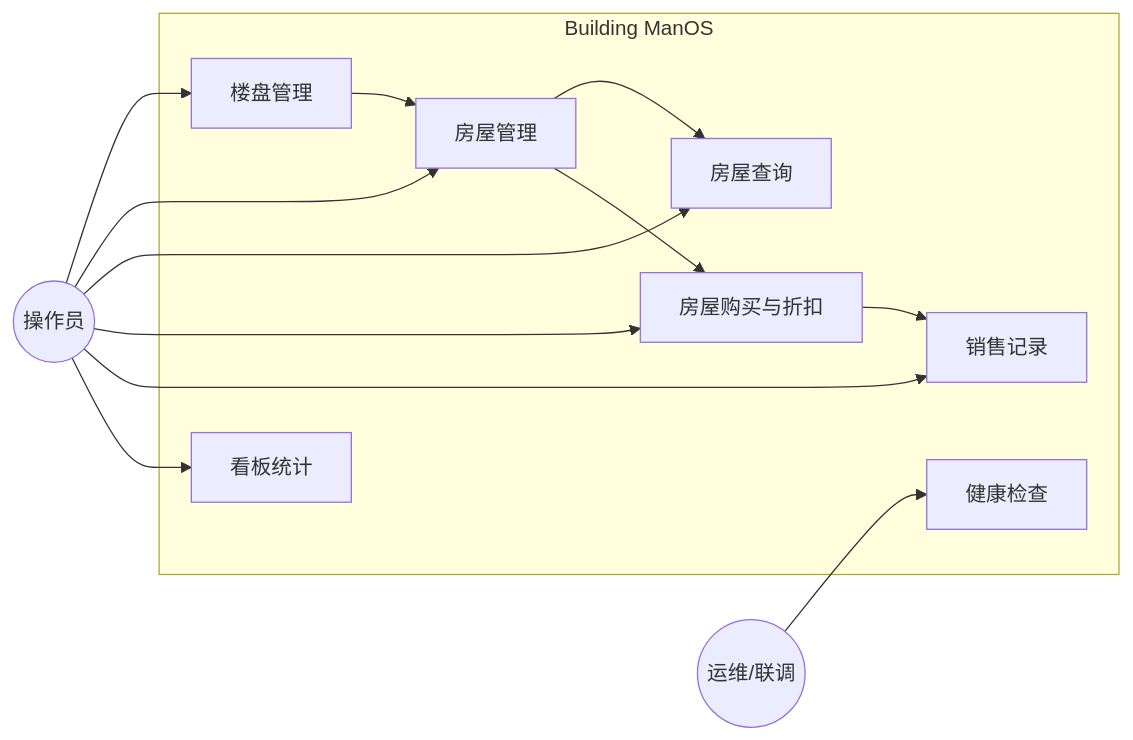
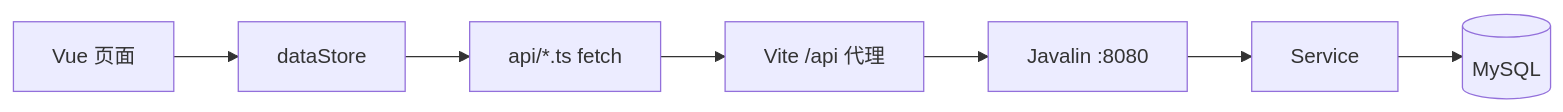
Before and after one commit to NorthBridgeAthlon64/Building_ManOS: the fifth of 5 diagrams in docs/report/大作业报告.md, drawn with Mermaid. The commit also changed other lines of this file and 3 other files, not shown here.

````diff
--- a/docs/report/大作业报告.md
+++ b/docs/report/大作业报告.md
@@ -412,23 +469,9 @@
 ```mermaid
 flowchart LR
-    subgraph System["Building ManOS"]
-        A[楼盘管理]
-        B[房屋管理]
-        C[房屋查询]
-        D[房屋购买与折扣]
-        E[销售记录]
-        F[看板统计]
-        G[健康检查]
-    end
-    User((操作员)) --> A
-    User --> B
-    User --> C
-    User --> D
-    User --> E
-    User --> F
-    Ops((运维/联调)) --> G
-    D --> E
-    A --> B
-    B --> C
-    B --> D
+    V[Vue 页面] --> DS[dataStore]
+    DS --> HTTP[api/*.ts fetch]
+    HTTP --> PROXY[Vite /api 代理]
+    PROXY --> JA[Javalin :8080]
+    JA --> SV[Service]
+    SV --> DB[(MySQL)]
 ```
````
